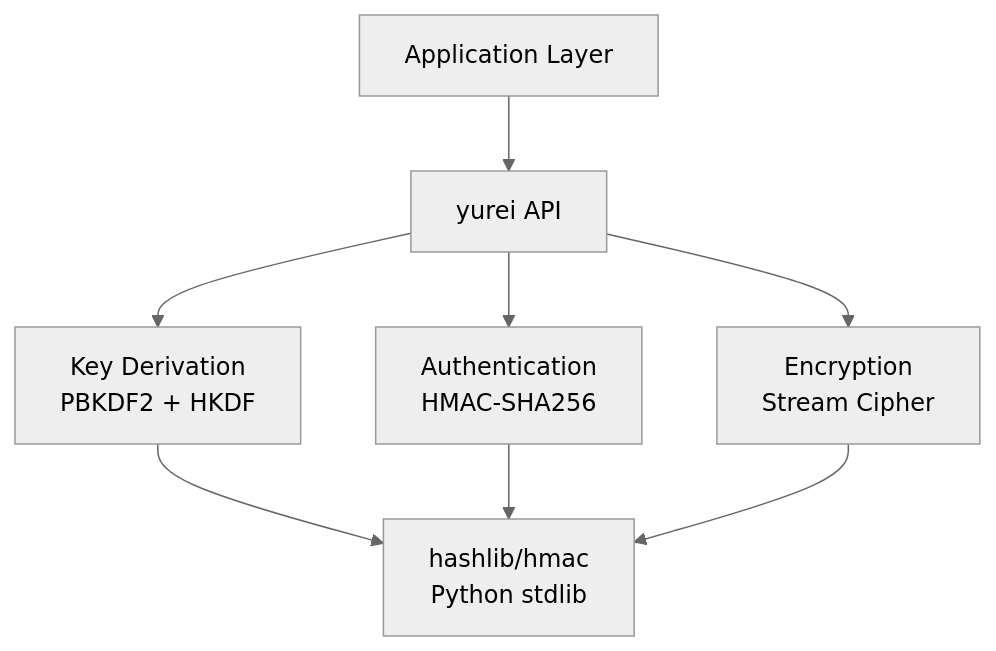
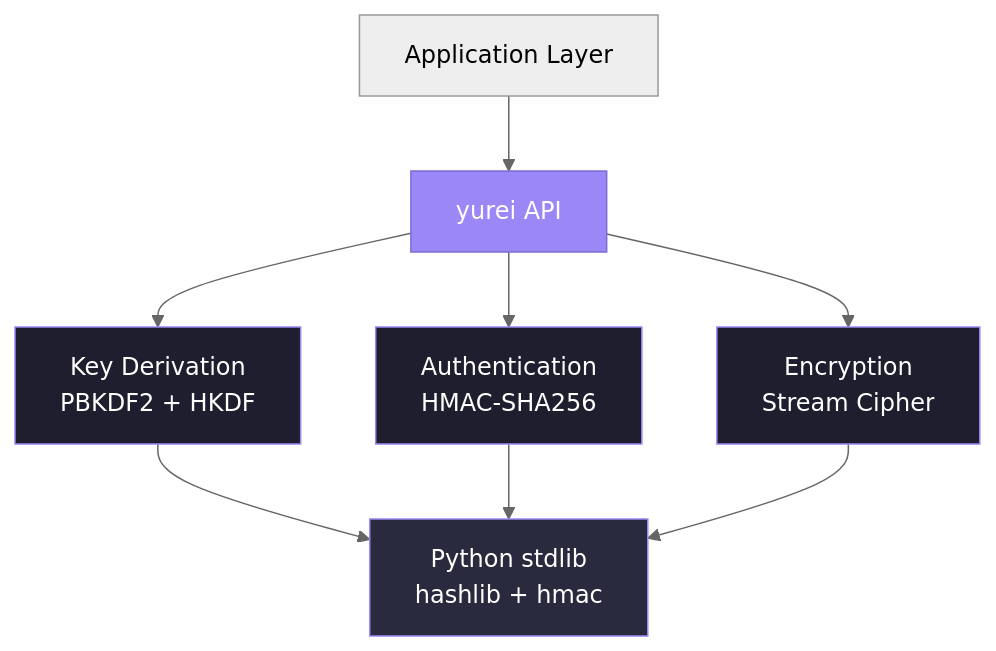
Before and after one commit to ogkae/yurei: the third of 3 diagrams in README.md, drawn with Mermaid (neutral theme). The commit also changed other lines of this file, not shown here.

````diff
--- a/README.md
+++ b/README.md
@@ -224,10 +585,16 @@
 ```mermaid
 graph TB
     A[Application Layer] --> B[yurei API]
     B --> C[Key Derivation<br/>PBKDF2 + HKDF]
     B --> D[Authentication<br/>HMAC-SHA256]
     B --> E[Encryption<br/>Stream Cipher]
-    C --> F[hashlib/hmac<br/>Python stdlib]
+    C --> F[Python stdlib<br/>hashlib + hmac]
     D --> F
     E --> F
+    
+    style B fill:#9b87f5,stroke:#7b6dd5,color:#fff
+    style C fill:#1e1e2e,stroke:#9b87f5,color:#fff
+    style D fill:#1e1e2e,stroke:#9b87f5,color:#fff
+    style E fill:#1e1e2e,stroke:#9b87f5,color:#fff
+    style F fill:#2a2a3e,stroke:#9b87f5,color:#fff
 ```
````
